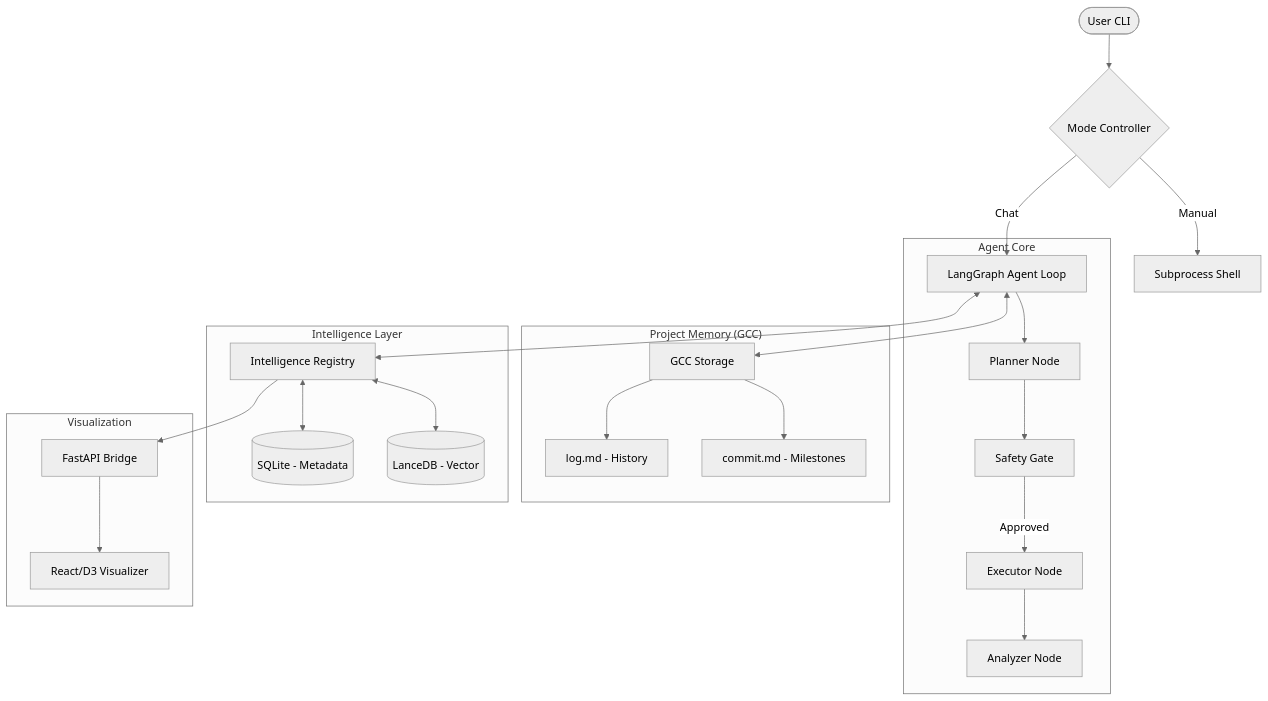
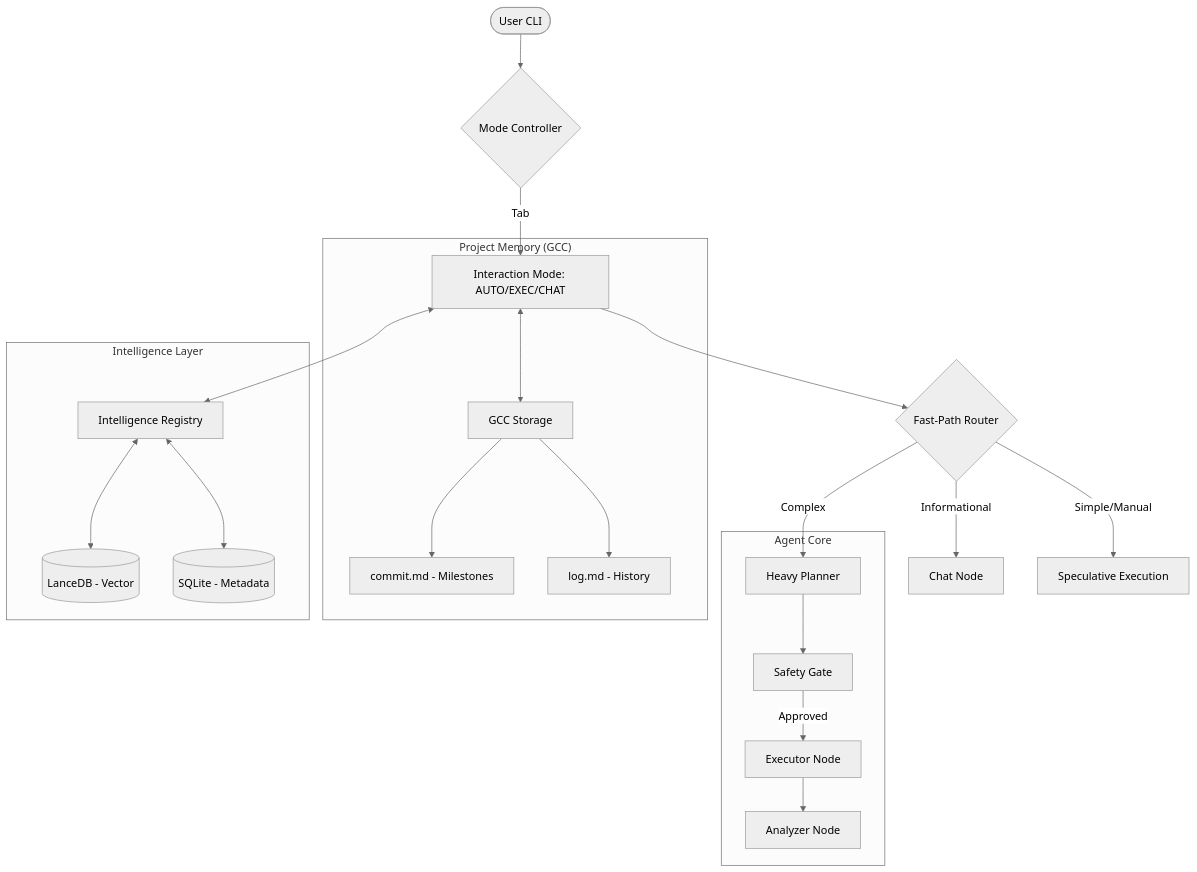
The diagram in README.md (NayanEupho/DevOpsAgent-cli), drawn with Mermaid (neutral theme) before and after one commit. The commit also changed other lines of this file and 52 other files, not shown here.

````diff
--- a/README.md
+++ b/README.md
@@ -30,30 +31,28 @@
 ```mermaid
 graph TD
     User([User CLI]) --> Mode{Mode Controller}
-    Mode -- Chat --> LangGraph[LangGraph Agent Loop]
-    Mode -- Manual --> Shell[Subprocess Shell]
+    Mode -- Tab --> Interaction[Interaction Mode: AUTO/EXEC/CHAT]
+    Interaction --> Router{Fast-Path Router}
     
+    Router -- Simple/Manual --> Fast[Speculative Execution]
+    Router -- Informational --> ChatNode[Chat Node]
+    Router -- Complex --> Planner[Heavy Planner]
+
     subgraph "Agent Core"
-        LangGraph --> Planner[Planner Node]
         Planner --> Safety[Safety Gate]
         Safety -- Approved --> Executor[Executor Node]
         Executor --> Analyzer[Analyzer Node]
     end
     
     subgraph "Project Memory (GCC)"
-        LangGraph <--> GCC[GCC Storage]
+        Interaction <--> GCC[GCC Storage]
         GCC --> Log[log.md - History]
         GCC --> Commit[commit.md - Milestones]
     end
     
     subgraph "Intelligence Layer"
-        LangGraph <--> Registry[Intelligence Registry]
+        Interaction <--> Registry[Intelligence Registry]
         Registry <--> SQLite[(SQLite - Metadata)]
         Registry <--> LanceDB[(LanceDB - Vector)]
     end
-    
-    subgraph "Visualization"
-        Registry --> API[FastAPI Bridge]
-        API --> Dashboard[React/D3 Visualizer]
-    end
 ```
````
